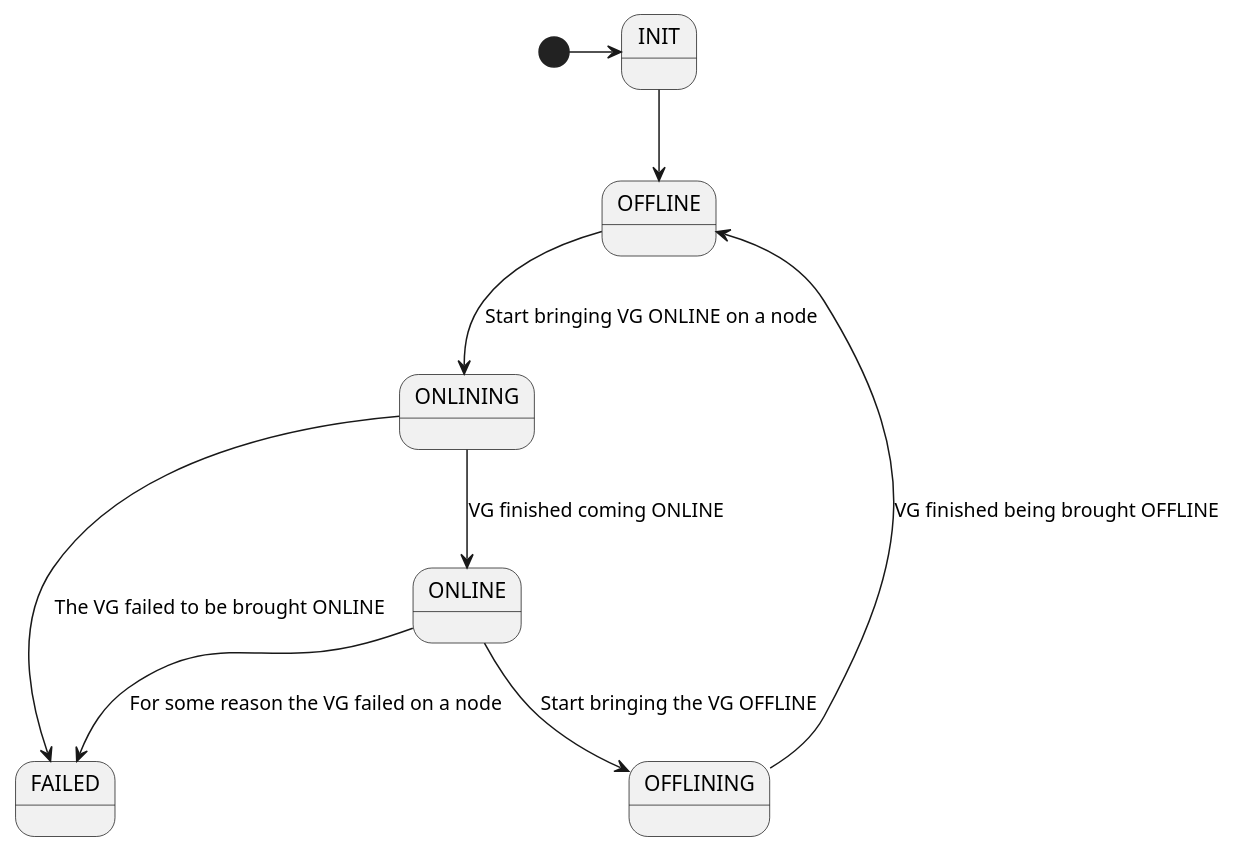
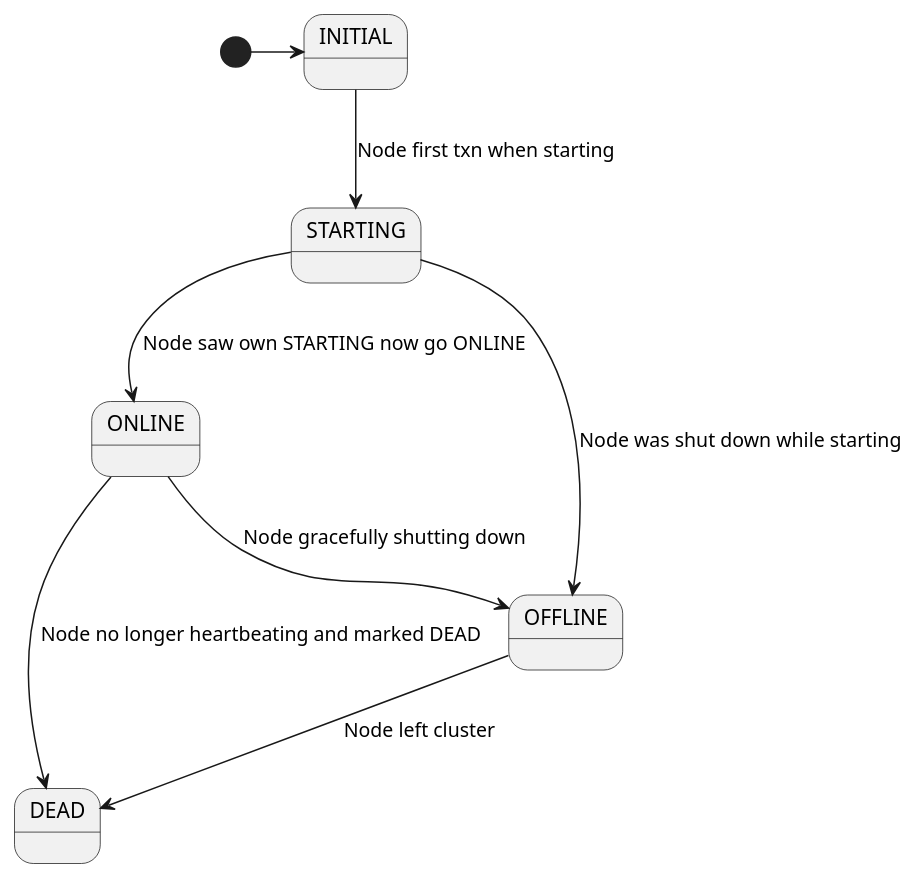
The diagram in consensus/node-state.puml (NVIDIA/proxyfs), drawn with PlantUML before and after one commit.

Commit message:
Move to node instead of VG

```diff
--- a/consensus/node-state.puml
+++ b/consensus/node-state.puml
@@ -1,12 +1,11 @@
 @startuml
 
-[*] -> INIT
-INIT --> OFFLINE
-OFFLINE --> ONLINING : Start bringing VG ONLINE on a node
-ONLINING --> ONLINE : VG finished coming ONLINE
-ONLINE --> FAILED : For some reason the VG failed on a node
-ONLINE --> OFFLINING : Start bringing the VG OFFLINE
-OFFLINING --> OFFLINE : VG finished being brought OFFLINE
-ONLINING --> FAILED : The VG failed to be brought ONLINE
+[*] -> INITIAL
+INITIAL --> STARTING : Node first txn when starting
+STARTING --> ONLINE : Node saw own STARTING now go ONLINE
+STARTING --> OFFLINE : Node was shut down while starting
+ONLINE --> OFFLINE : Node gracefully shutting down
+ONLINE --> DEAD : Node no longer heartbeating and marked DEAD
+OFFLINE --> DEAD : Node left cluster
 
 @enduml
```
